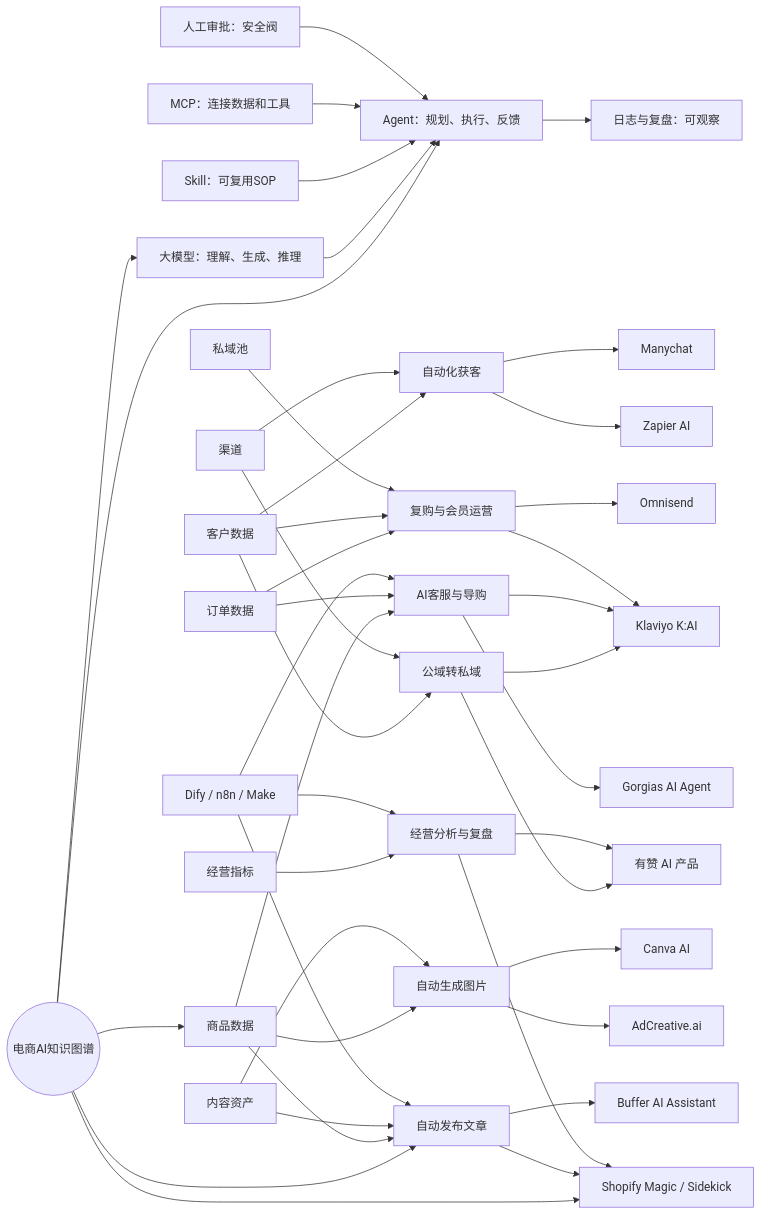
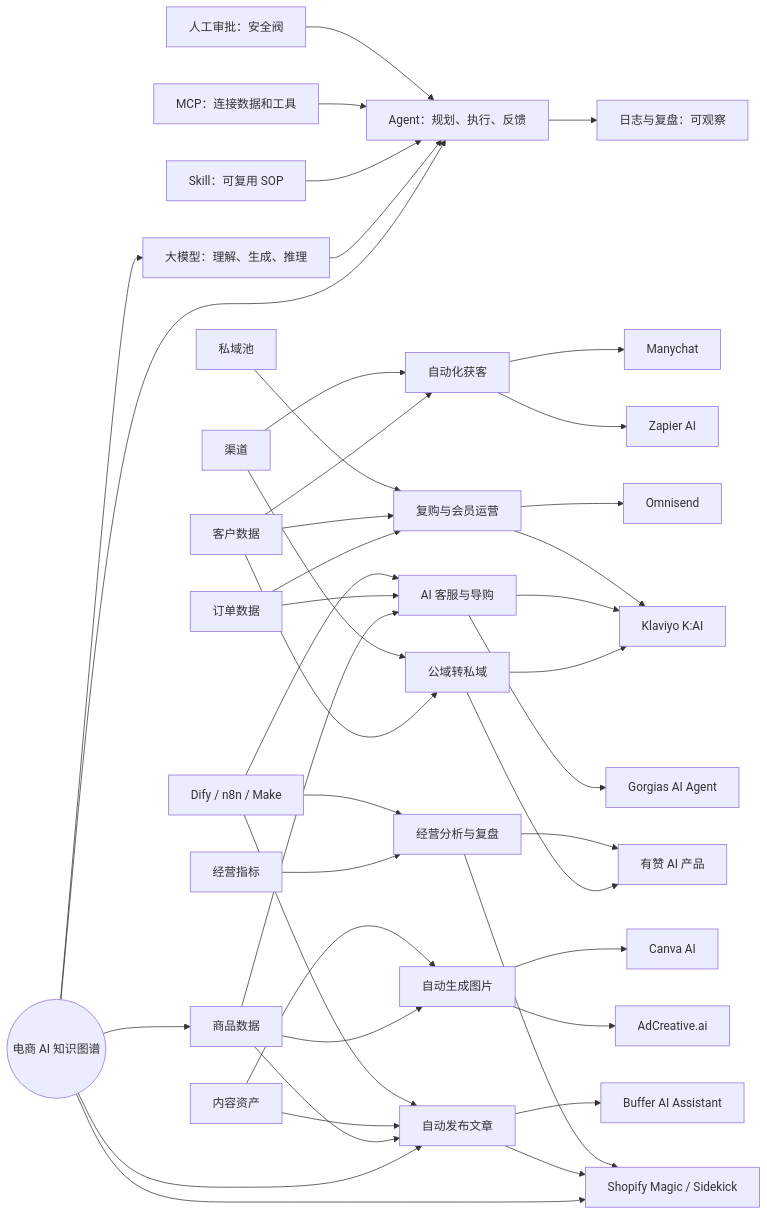
One commit to locooooooooo/ai-beginner-course changed the diagram in 电商AI知识图谱/README.md. Above: the diagram before and after it, drawn with Mermaid. The commit also changed other lines of this file and 141 other files, not shown here.

````diff
--- a/电商AI知识图谱/README.md
+++ b/电商AI知识图谱/README.md
@@ -15,10 +15,10 @@
 ```mermaid
 graph LR
-  KG(("电商AI知识图谱"))
+  KG(("电商 AI 知识图谱"))
 
   LLM["大模型：理解、生成、推理"]
   Agent["Agent：规划、执行、反馈"]
-  Skill["Skill：可复用SOP"]
+  Skill["Skill：可复用 SOP"]
   MCP["MCP：连接数据和工具"]
   Human["人工审批：安全阀"]
   Log["日志与复盘：可观察"]
@@ -35,7 +35,7 @@
   ImageFlow["自动生成图片"]
   LeadFlow["自动化获客"]
   PrivateFlow["公域转私域"]
-  ServiceFlow["AI客服与导购"]
+  ServiceFlow["AI 客服与导购"]
   RepurchaseFlow["复购与会员运营"]
   AnalyticsFlow["经营分析与复盘"]
 
````
